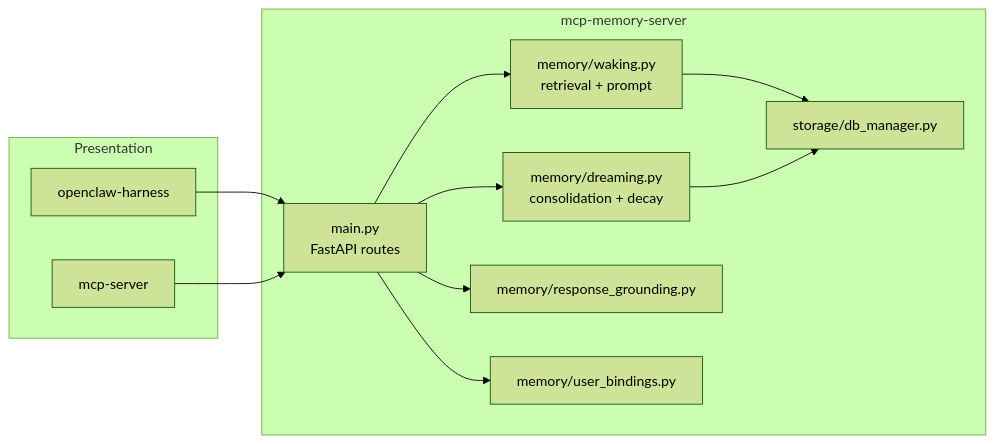
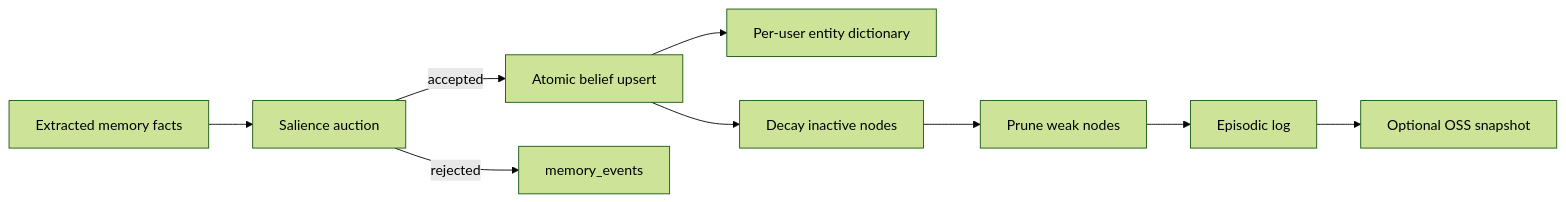
The third of 4 diagrams in README.md (crankysmh47/MnemAgent), drawn with Mermaid (forest theme) before and after one commit. The commit also changed other lines of this file and 4 other files, not shown here.

````diff
--- a/README.md
+++ b/README.md
@@ -120,25 +164,11 @@
 ```mermaid
 flowchart LR
-  subgraph Presentation
-    HARNESS["openclaw-harness"]
-    MCPNODE["mcp-server"]
-  end
-
-  subgraph Core["mcp-memory-server"]
-    MAIN["main.py\nFastAPI routes"]
-    WAKE["memory/waking.py\nretrieval + prompt"]
-    DREAM["memory/dreaming.py\nconsolidation + decay"]
-    GROUND["memory/response_grounding.py"]
-    BIND["memory/user_bindings.py"]
-    STORE["storage/db_manager.py"]
-  end
-
-  HARNESS --> MAIN
-  MCPNODE --> MAIN
-  MAIN --> WAKE
-  MAIN --> DREAM
-  MAIN --> GROUND
-  MAIN --> BIND
-  WAKE --> STORE
-  DREAM --> STORE
+  RAW["Extracted memory facts"] --> SAL["Salience auction"]
+  SAL -->|"accepted"| UPSERT["Atomic belief upsert"]
+  SAL -->|"rejected"| EVENT["memory_events"]
+  UPSERT --> DICT["Per-user entity dictionary"]
+  UPSERT --> DECAY["Decay inactive nodes"]
+  DECAY --> PRUNE["Prune weak nodes"]
+  PRUNE --> LOG["Episodic log"]
+  LOG --> OSS["Optional OSS snapshot"]
 ```
````
